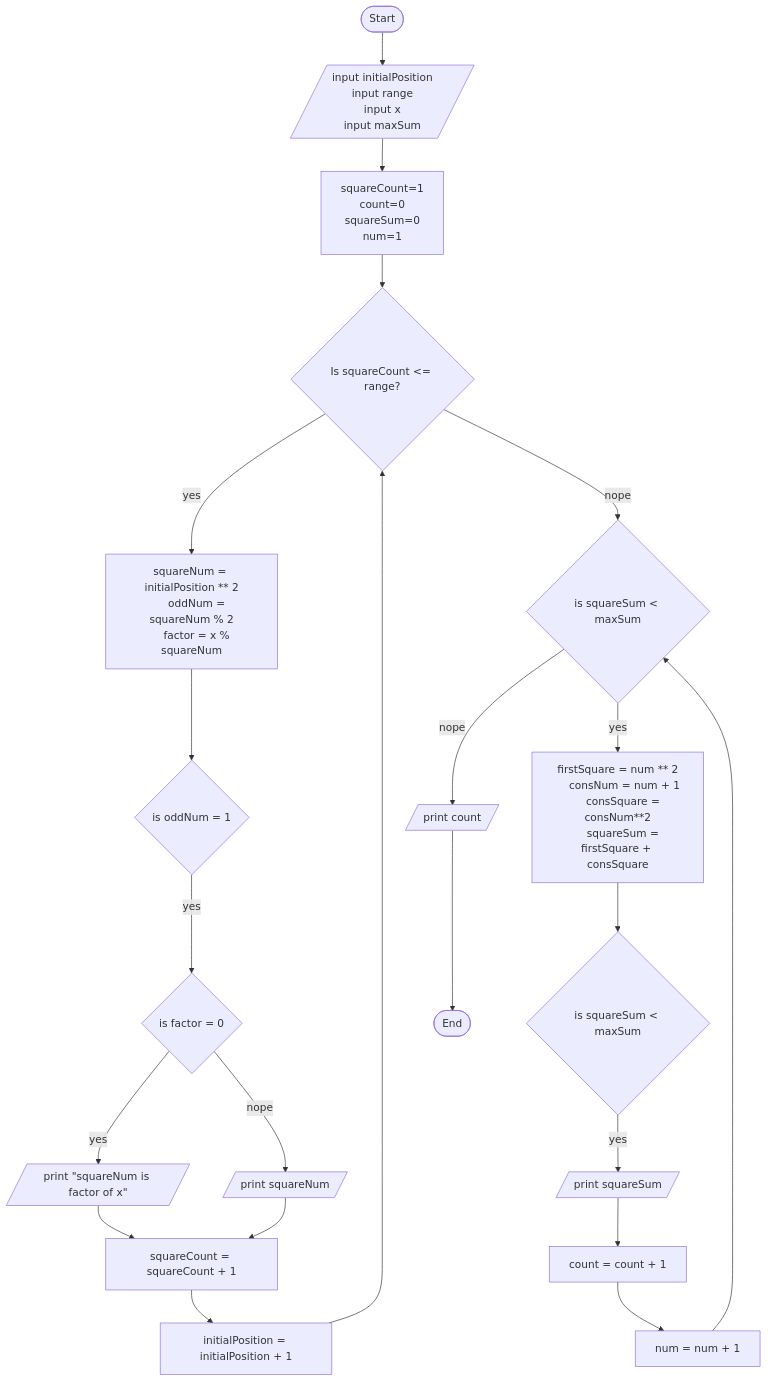
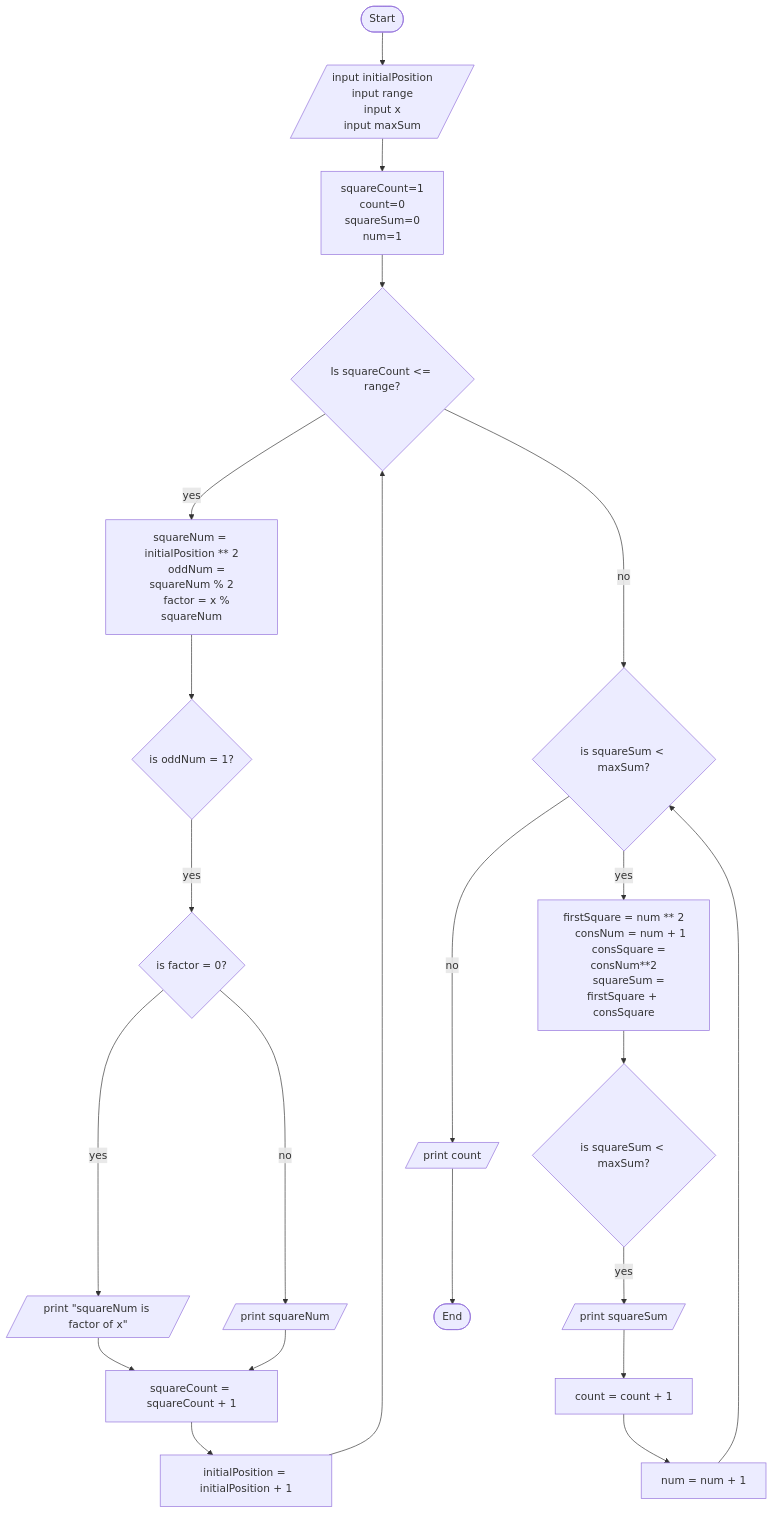
The diagram in flowchart/task2.md (gtugaw/comp1236project), drawn with Mermaid before and after one commit.

Commit message:
Task 2: Minor fixes in flowchart

````diff
--- a/flowchart/task2.md
+++ b/flowchart/task2.md
@@ -3,42 +3,42 @@
 ```mermaid
 flowchart TB
     A([Start])
 
     A-->B[/input initialPosition 
     input range
     input x
     input maxSum/]
     B-->D[squareCount=1
     count=0
     squareSum=0
     num=1
     ]
 
     D-->E{Is squareCount <= range?}
     E--yes-->F[squareNum = initialPosition ** 2
     oddNum = squareNum % 2
     factor = x % squareNum]
-    F-->G{is oddNum = 1}
-    G--yes-->H{is factor = 0}
+    F-->G{is oddNum = 1?}
+    G--yes-->H{is factor = 0?}
     H--yes-->I[/print "squareNum is factor of x"/]
-    H--nope-->J[/print squareNum/]
+    H--noo-->J[/print squareNum/]
     I-->K[squareCount = squareCount + 1]
     J-->K
     K-->L[initialPosition = initialPosition + 1]
     L-->E
 
-    E--nope-->M{is squareSum < maxSum}
+    E--noo-->M{is squareSum < maxSum?}
     M--yes-->N[firstSquare = num ** 2
     consNum = num + 1
     consSquare = consNum**2
     squareSum = firstSquare + consSquare]
-    N-->O{is squareSum < maxSum}
+    N-->O{is squareSum < maxSum?}
     O--yes-->P[/print squareSum/]
     P-->Q[count = count + 1]
     Q-->R[num = num + 1]
     R-->M
-    M--nope-->S[/print count/]
+    M--noo-->S[/print count/]
     S-->T([End])
 
 
 ```
````
